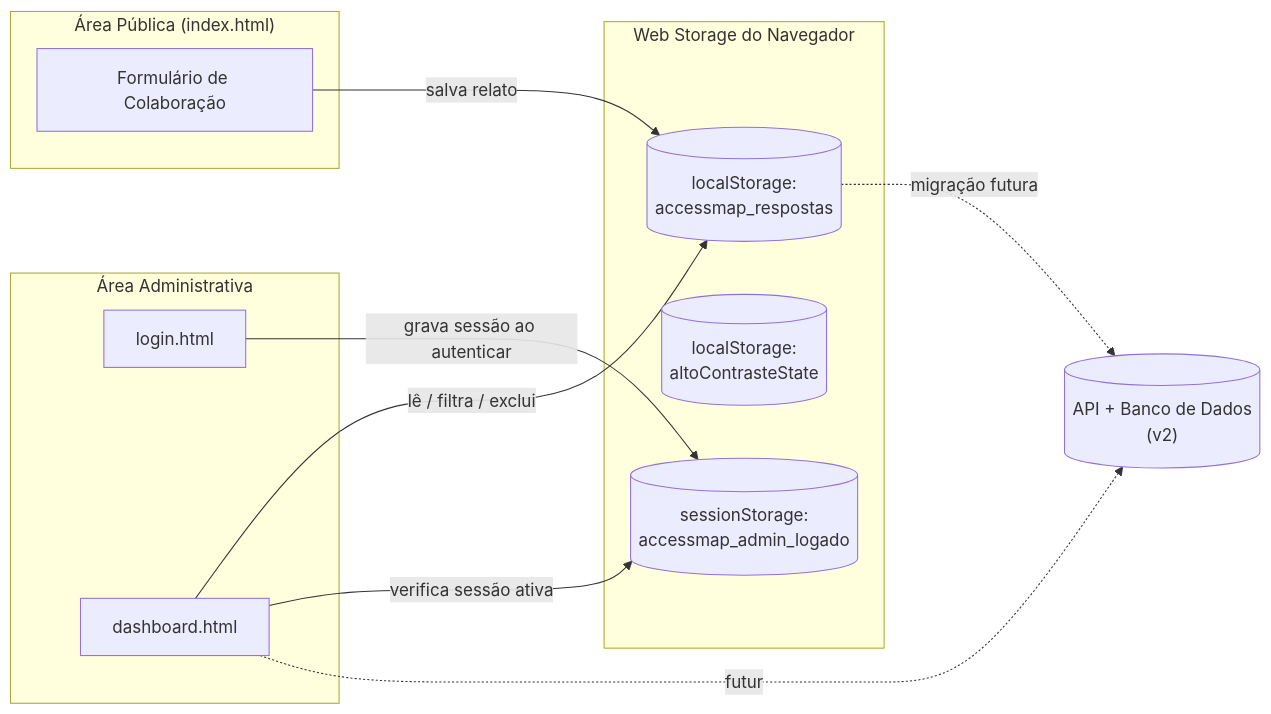
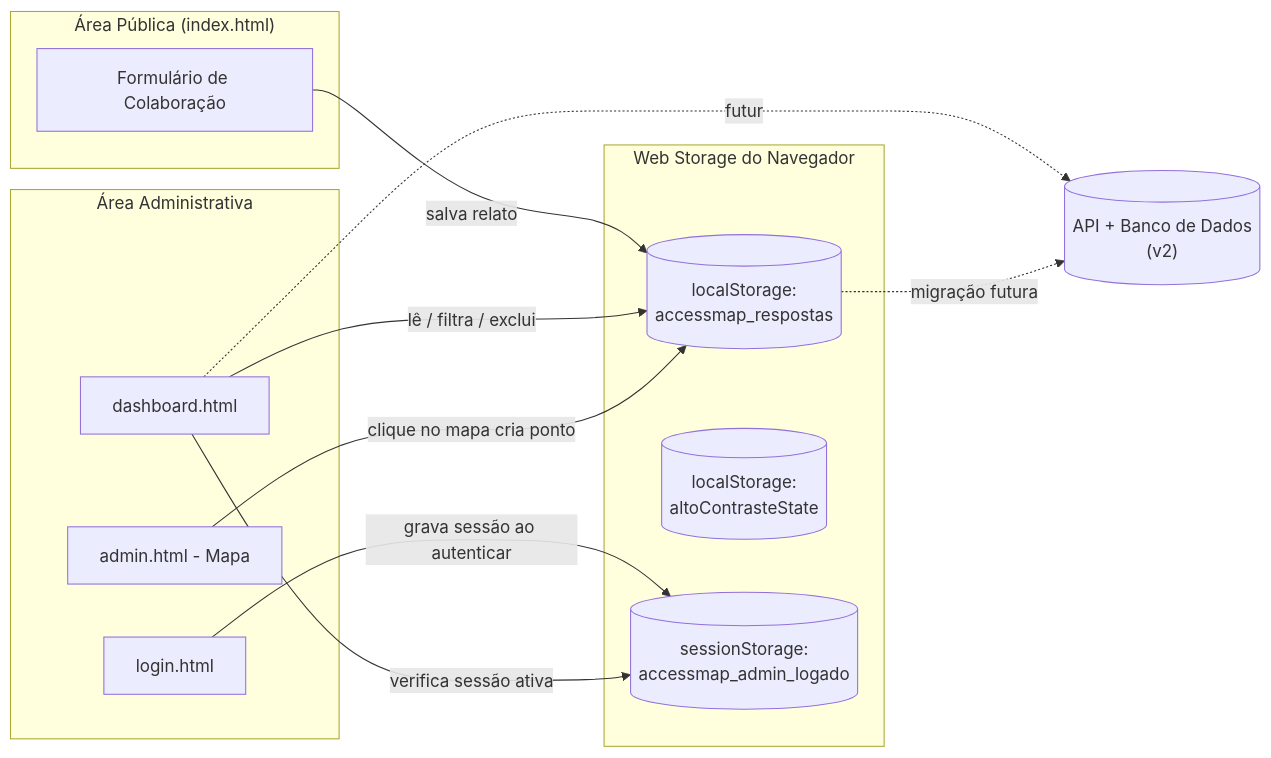
Before and after one commit to m4halic3/accessmap-ifsp: the second of 2 diagrams in README.md, drawn with Mermaid. The commit also changed other lines of this file, not shown here.

````diff
--- a/README.md
+++ b/README.md
@@ -220,24 +136,26 @@
 ```mermaid
 flowchart LR
     subgraph Publico["Área Pública (index.html)"]
         F[Formulário de Colaboração]
     end
 
     subgraph Armazenamento["Web Storage do Navegador"]
         LS1[("localStorage:\naccessmap_respostas")]
         LS2[("localStorage:\naltoContrasteState")]
         SS1[("sessionStorage:\naccessmap_admin_logado")]
     end
 
     subgraph Admin["Área Administrativa"]
         L[login.html]
         D[dashboard.html]
+        A[admin.html - Mapa]
     end
 
     F -- "salva relato" --> LS1
     D -- "lê / filtra / exclui" --> LS1
     L -- "grava sessão ao autenticar" --> SS1
     D -- "verifica sessão ativa" --> SS1
+    A -- "clique no mapa cria ponto" --> LS1
     D -.futuro.-> API[("API + Banco de Dados\n(v2)")]
     LS1 -.migração futura.-> API
 ```
````
